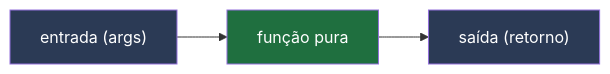
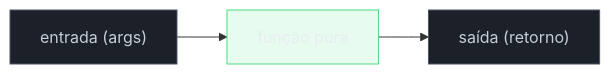
One commit to josenaldo/codex-technomanticus changed the first of 4 diagrams in 03-Dominios/Ciência/Paradigmas/07 - Funções puras e efeitos colaterais.md. Above: the diagram before and after it, drawn with Mermaid. The commit also changed other lines of this file and 1181 other files, not shown here.

First line of the commit message:
fix(diagramas): paleta do sistema no lugar de cor cravada no markdown

````diff
--- a/03-Dominios/Ciência/Paradigmas/07 - Funções puras e efeitos colaterais.md
+++ b/03-Dominios/Ciência/Paradigmas/07 - Funções puras e efeitos colaterais.md
@@ -53,9 +53,11 @@
 ```mermaid
 flowchart LR
+    classDef ok fill:#4ADE8021,stroke:#4ADE80,color:#E9ECF2
+    classDef neutro fill:#1B2029,stroke:#4E5666,color:#C6CCD8
     A["entrada (args)"] --> F["função pura"]
     F --> B["saída (retorno)"]
 
-    style F fill:#1f6f3f,color:#fff
-    style A fill:#2b3a55,color:#fff
-    style B fill:#2b3a55,color:#fff
+    class F ok
+    class A neutro
+    class B neutro
 ```
````
